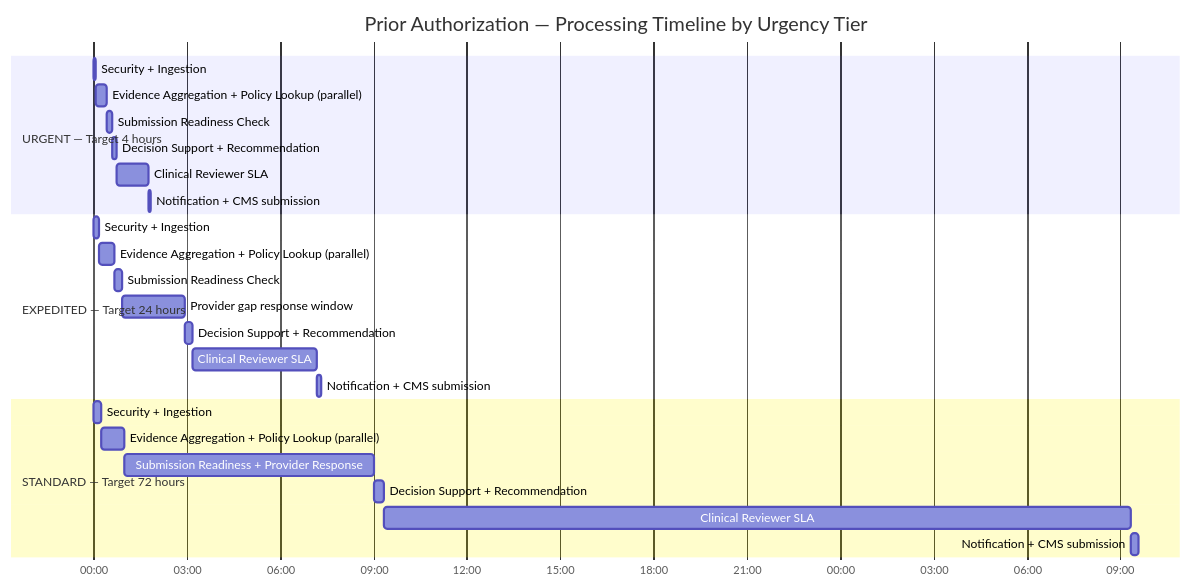
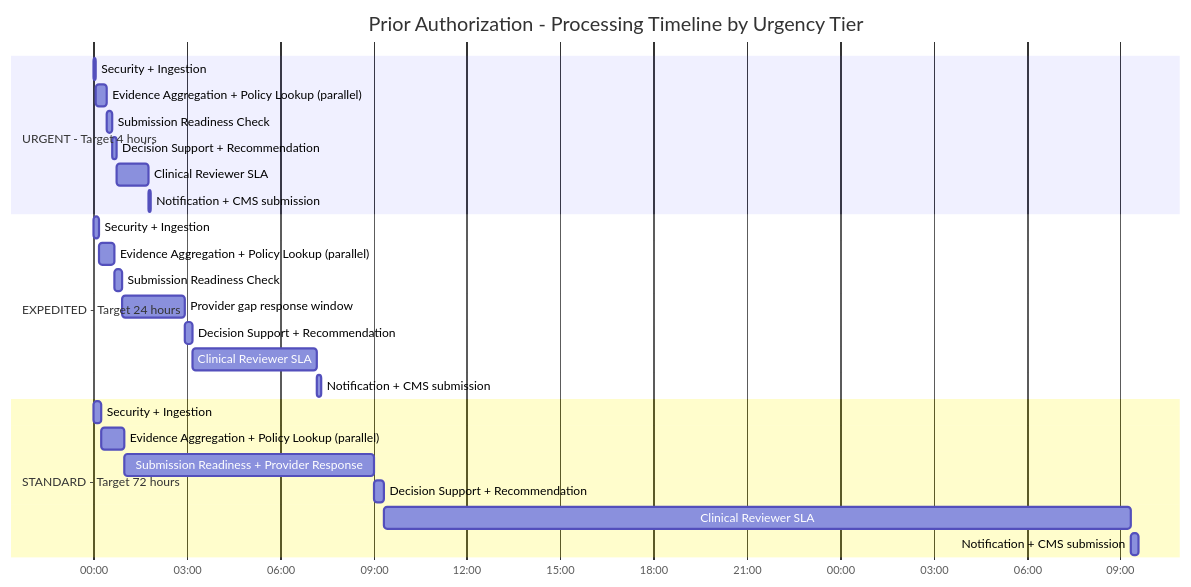
One commit to sundante/sun-course-genai changed the fourth of 5 diagrams in docs/06-Agentic-AI/SystemDesigns/prior-authorization.md. Above: the diagram before and after it, drawn with Mermaid. The commit also changed other lines of this file and 225 other files, not shown here.

````diff
--- a/docs/06-Agentic-AI/SystemDesigns/prior-authorization.md
+++ b/docs/06-Agentic-AI/SystemDesigns/prior-authorization.md
@@ -410,31 +410,31 @@
 ```mermaid
 gantt
-    title Prior Authorization — Processing Timeline by Urgency Tier
+    title Prior Authorization - Processing Timeline by Urgency Tier
     dateFormat HH:mm
     axisFormat %H:%M
 
-    section URGENT — Target 4 hours
+    section URGENT - Target 4 hours
     Security + Ingestion              :u0, 00:00, 5m
     Evidence Aggregation + Policy Lookup (parallel) :u1, after u0, 20m
     Submission Readiness Check        :u2, after u1, 10m
     Decision Support + Recommendation :u3, after u2, 10m
     Clinical Reviewer SLA             :u4, after u3, 60m
     Notification + CMS submission     :u5, after u4, 5m
 
-    section EXPEDITED — Target 24 hours
+    section EXPEDITED - Target 24 hours
     Security + Ingestion              :e0, 00:00, 10m
     Evidence Aggregation + Policy Lookup (parallel) :e1, after e0, 30m
     Submission Readiness Check        :e2, after e1, 15m
     Provider gap response window      :e3, after e2, 120m
     Decision Support + Recommendation :e4, after e3, 15m
     Clinical Reviewer SLA             :e5, after e4, 240m
     Notification + CMS submission     :e6, after e5, 10m
 
-    section STANDARD — Target 72 hours
+    section STANDARD - Target 72 hours
     Security + Ingestion              :s0, 00:00, 15m
     Evidence Aggregation + Policy Lookup (parallel) :s1, after s0, 45m
     Submission Readiness + Provider Response :s2, after s1, 480m
     Decision Support + Recommendation :s3, after s2, 20m
     Clinical Reviewer SLA             :s4, after s3, 1440m
     Notification + CMS submission     :s5, after s4, 15m
 ```
````
